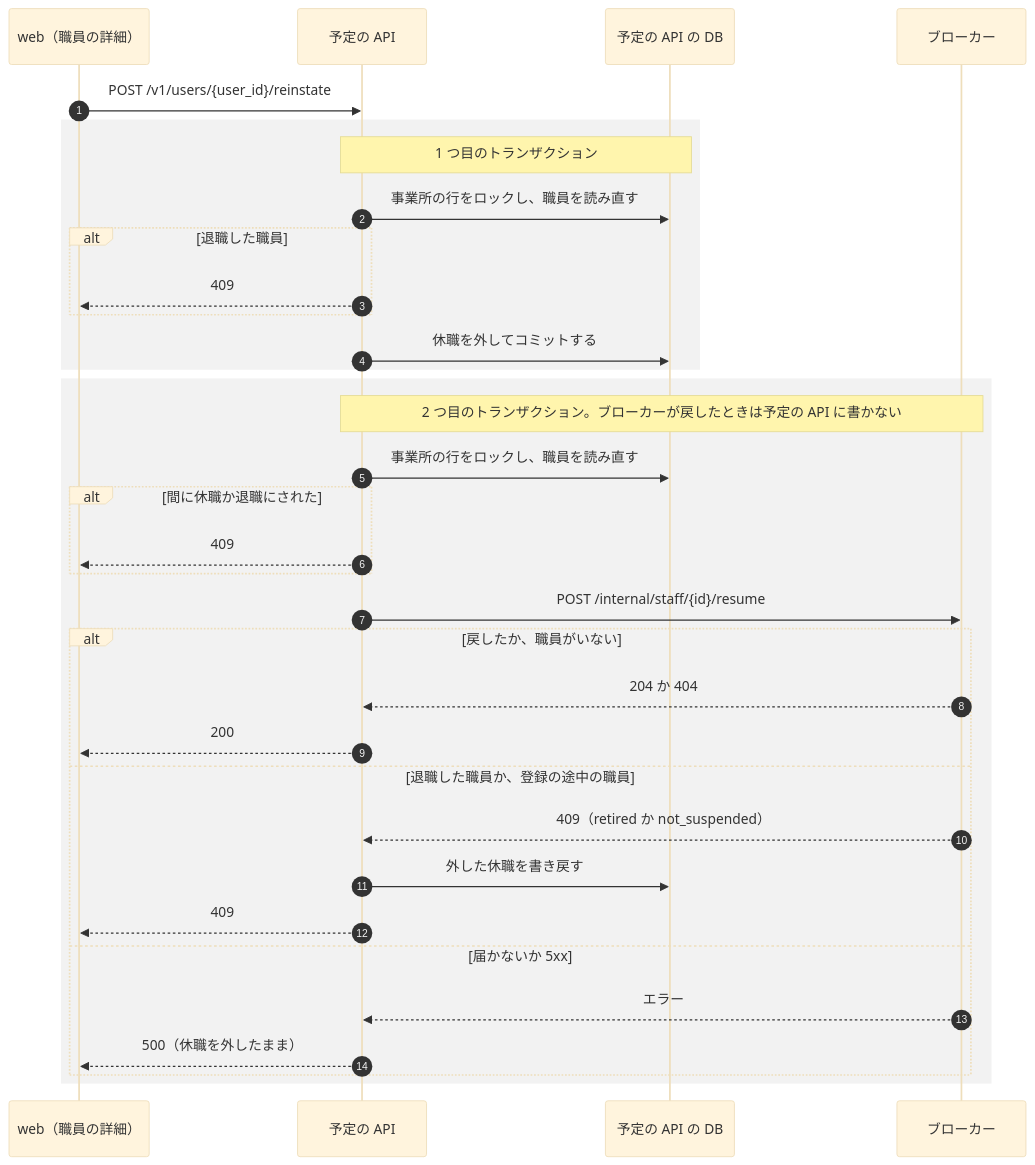
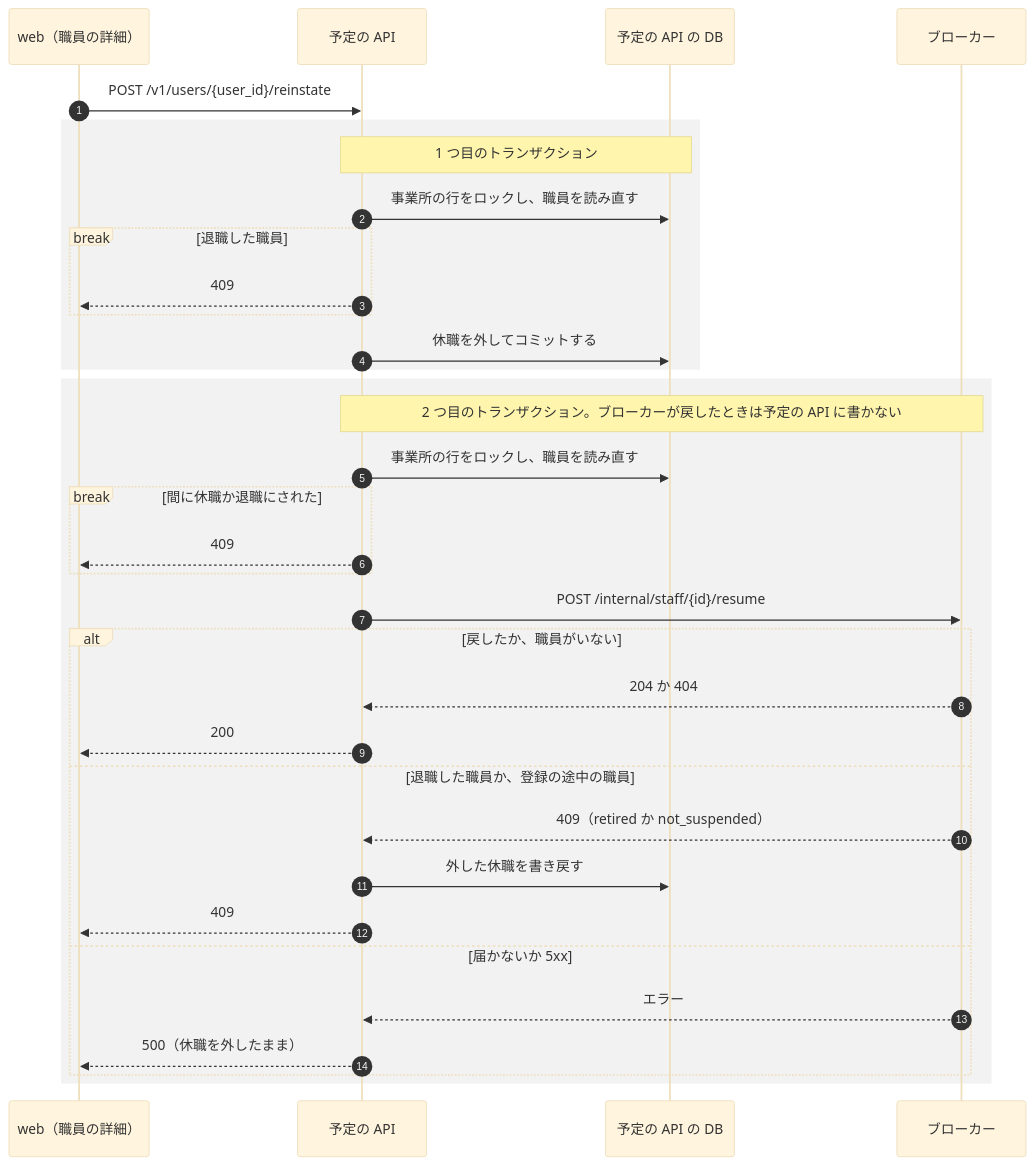
Before and after one commit to Fukuemon/buddy: the sixth of 7 diagrams in services/broker/DesignDoc.md, drawn with Mermaid (base theme). The commit also changed other lines of this file, not shown here.

First line of the commit message:
docs(broker): 休職と退職と復職の図で、拒む道を break で終える #426

````diff
--- a/services/broker/DesignDoc.md
+++ b/services/broker/DesignDoc.md
@@ -311,36 +311,36 @@
 ```mermaid
 sequenceDiagram
   autonumber
   participant W as web（職員の詳細）
   participant A as 予定の API
   participant DB as 予定の API の DB
   participant K as ブローカー
   W->>A: POST /v1/users/{user_id}/reinstate
   rect rgba(128, 128, 128, 0.1)
     Note over A,DB: 1 つ目のトランザクション
     A->>DB: 事業所の行をロックし、職員を読み直す
-    alt 退職した職員
+    break 退職した職員
       A-->>W: 409
     end
     A->>DB: 休職を外してコミットする
   end
   rect rgba(128, 128, 128, 0.1)
     Note over A,K: 2 つ目のトランザクション。ブローカーが戻したときは予定の API に書かない
     A->>DB: 事業所の行をロックし、職員を読み直す
-    alt 間に休職か退職にされた
+    break 間に休職か退職にされた
       A-->>W: 409
     end
     A->>K: POST /internal/staff/{id}/resume
     alt 戻したか、職員がいない
       K-->>A: 204 か 404
       A-->>W: 200
     else 退職した職員か、登録の途中の職員
       K-->>A: 409（retired か not_suspended）
       A->>DB: 外した休職を書き戻す
       A-->>W: 409
     else 届かないか 5xx
       K-->>A: エラー
       A-->>W: 500（休職を外したまま）
     end
   end
 ```
````
